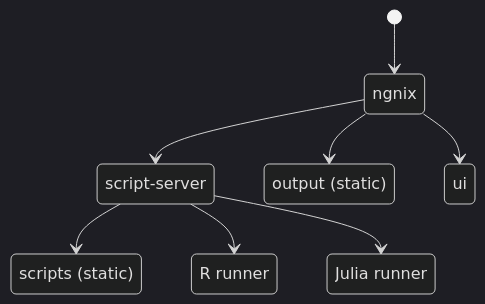
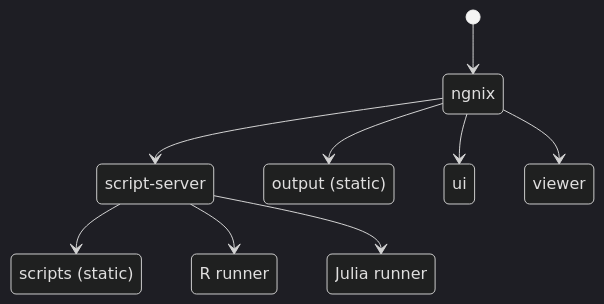
The first of 4 diagrams in README-dev.md (GEO-BON/bon-in-a-box-pipeline-engine), drawn with Mermaid (dark theme) before and after one commit. The commit also changed other lines of this file, not shown here.

````diff
--- a/README-dev.md
+++ b/README-dev.md
@@ -49,16 +63,17 @@
 ```mermaid
 stateDiagram-v2
     state "script-server" as script
     state "scripts (static)" as scripts
     state "output (static)" as output
     state "R runner" as r
     state "Julia runner" as julia
 
     [*] --> ngnix
     ngnix --> ui
+    ngnix --> viewer
     ngnix --> script
     ngnix --> output
     script --> scripts
     script --> r
     script --> julia
 ```
````
